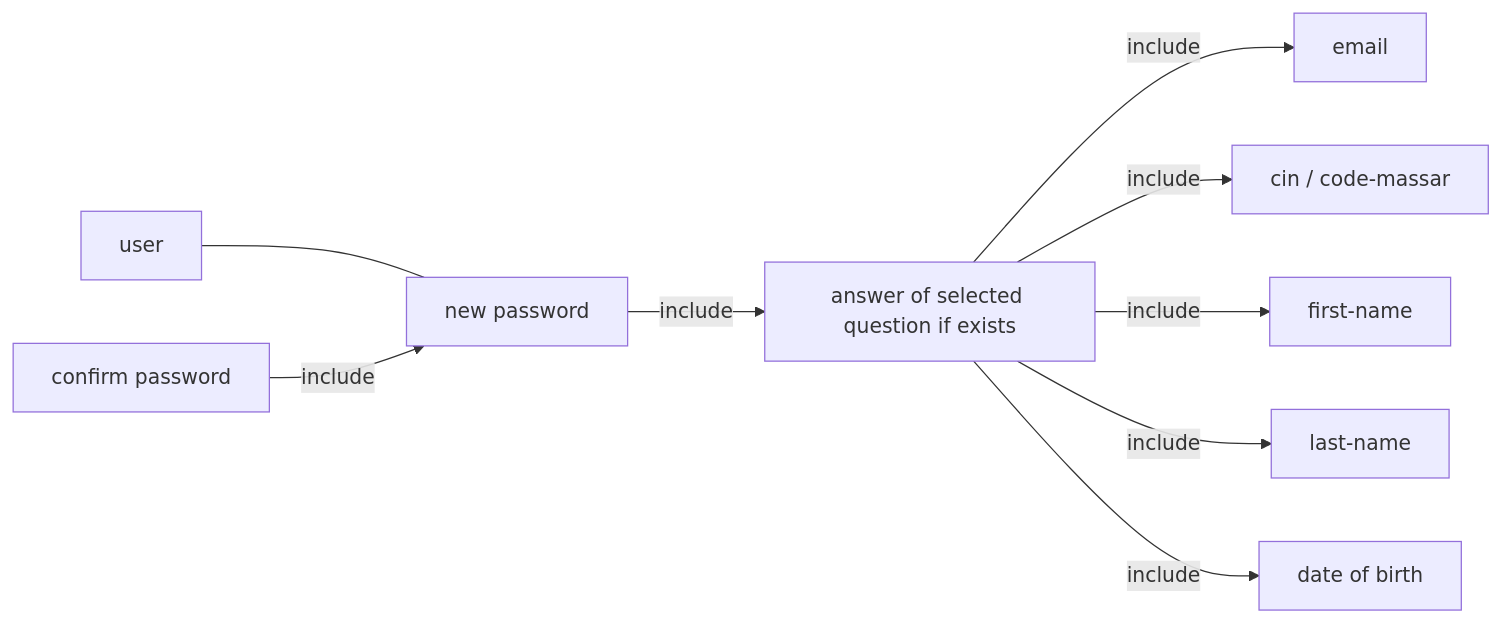
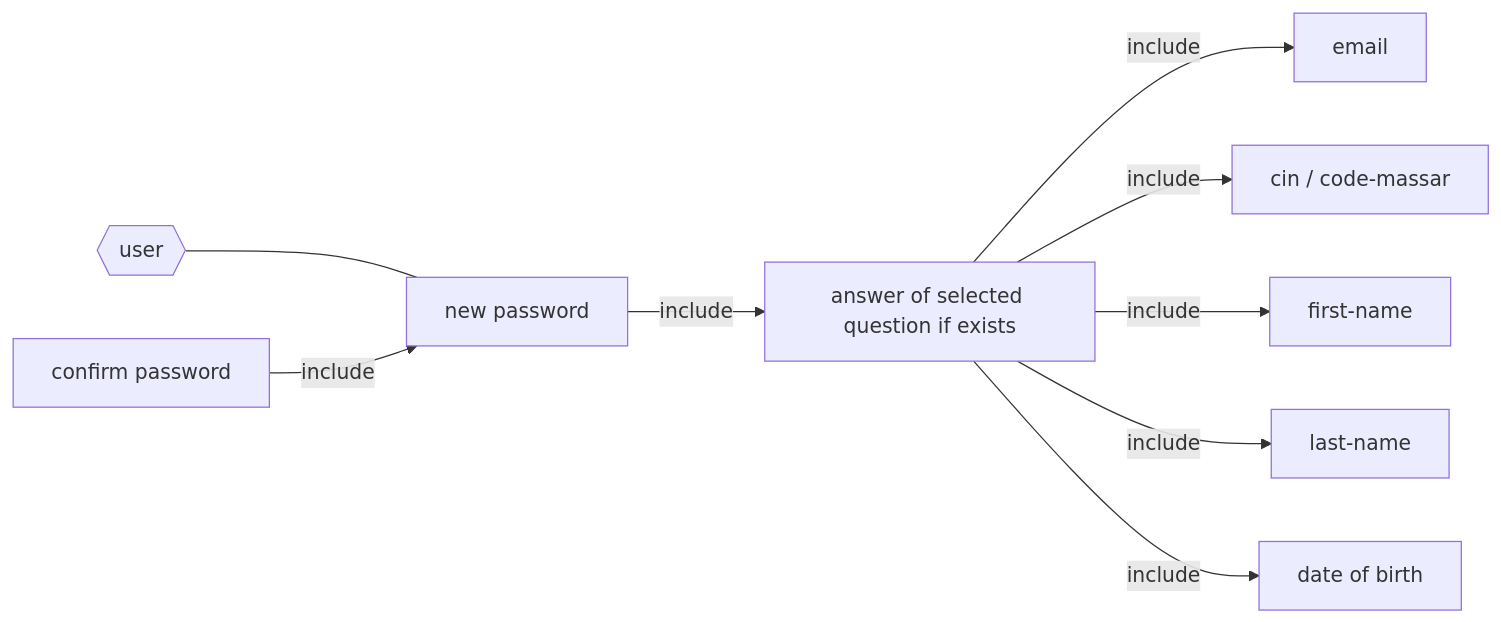
Before and after one commit to idlli/E-Campus: the diagram in diagrams/reset-password.md, drawn with Mermaid.

````diff
--- a/diagrams/reset-password.md
+++ b/diagrams/reset-password.md
@@ -2,11 +2,11 @@
 ```mermaid
 graph LR
-    user --- n-password[new password]
+    user{{user}} --- n-password[new password]
     c-password[confirm password] --> |include| n-password
     n-password --> |include| answer[answer of selected question if exists]
     answer --> |include| email
     answer --> |include| cin[cin / code-massar]
     answer --> |include| f-name[first-name]
     answer --> |include| l-name[last-name]
     answer --> |include| d-birth[date of birth]
 ```
````
